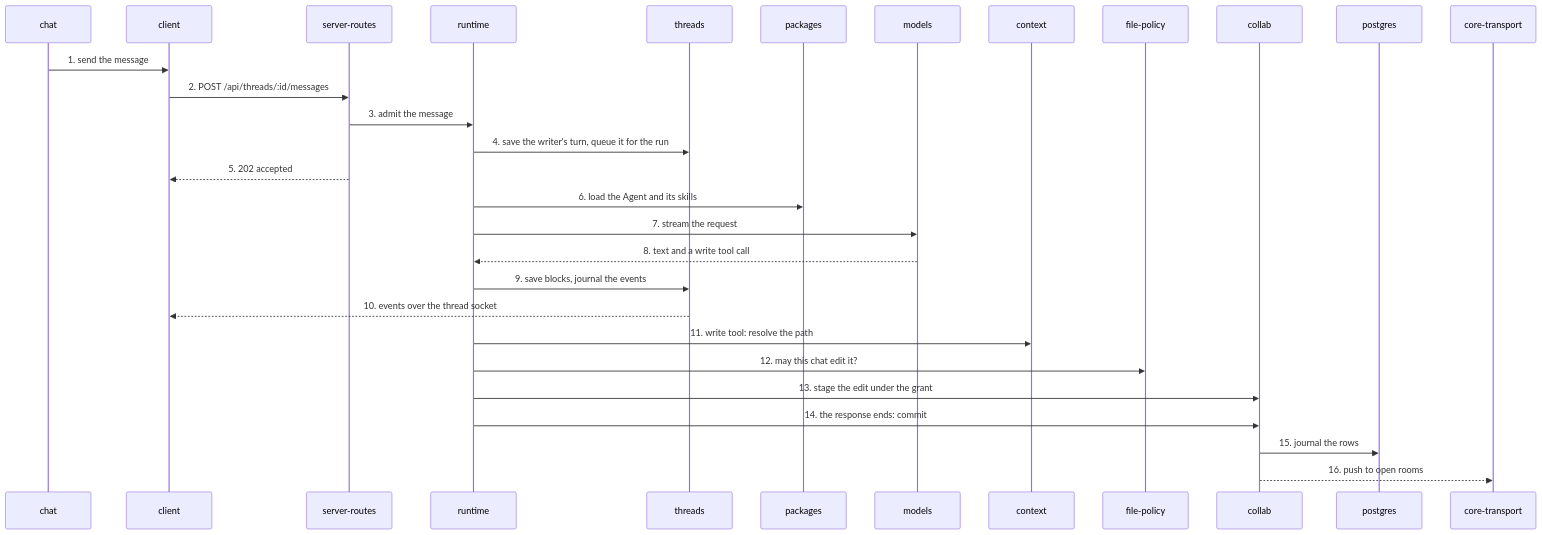
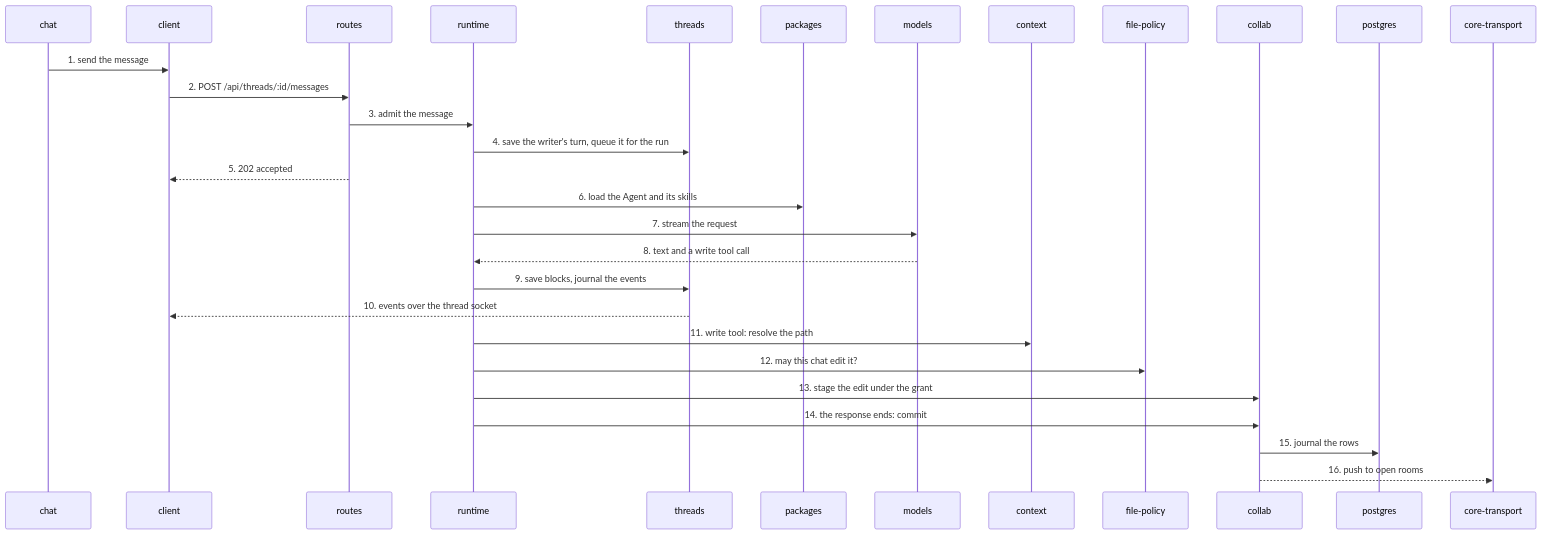
One commit to haowjy/meridian-flow changed the diagram in .context/system-architecture/flows/message-becomes-edit.md. Above: the diagram before and after it, drawn with Mermaid. The commit also changed 3 other files, not shown here.

First line of the commit message:
Flows: participants show their plain names; dependencies: shorter note on rows

````diff
--- a/.context/system-architecture/flows/message-becomes-edit.md
+++ b/.context/system-architecture/flows/message-becomes-edit.md
@@ -7,31 +7,31 @@
 ```mermaid
 sequenceDiagram
   participant chat
   participant client
-  participant server-routes
+  participant server-routes as routes
   participant runtime
   participant threads
   participant packages
   participant models
   participant context
   participant file-policy
   participant collab
   participant postgres
   participant core-transport
   chat->>client: 1. send the message
   client->>server-routes: 2. POST /api/threads/:id/messages
   server-routes->>runtime: 3. admit the message
   runtime->>threads: 4. save the writer's turn, queue it for the run
   server-routes-->>client: 5. 202 accepted
   runtime->>packages: 6. load the Agent and its skills
   runtime->>models: 7. stream the request
   models-->>runtime: 8. text and a write tool call
   runtime->>threads: 9. save blocks, journal the events
   threads-->>client: 10. events over the thread socket
   runtime->>context: 11. write tool: resolve the path
   runtime->>file-policy: 12. may this chat edit it?
   runtime->>collab: 13. stage the edit under the grant
   runtime->>collab: 14. the response ends: commit
   collab->>postgres: 15. journal the rows
   collab-->>core-transport: 16. push to open rooms
 ```
````
